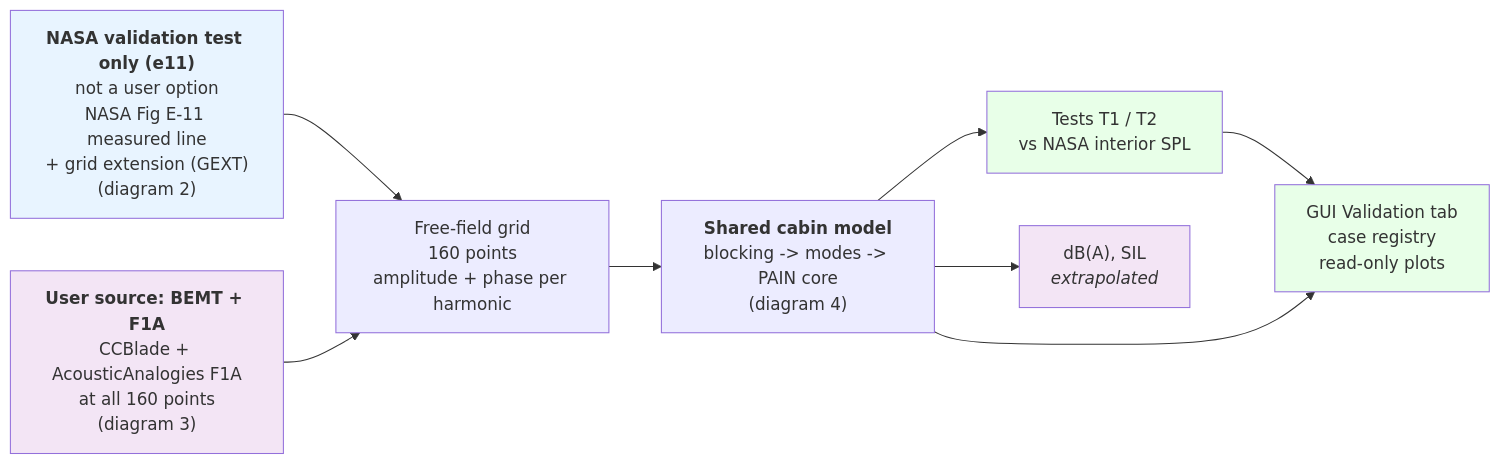
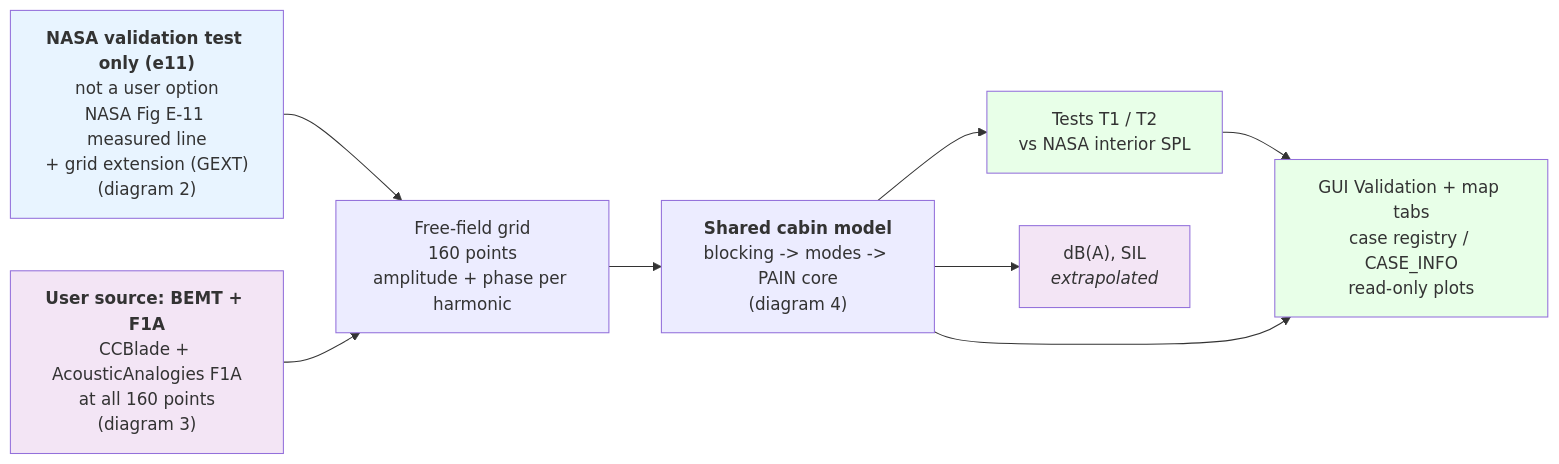
The first of 6 diagrams in rea-work/docs/flowchart.md (hoangf1/PAIN), drawn with Mermaid before and after one commit. The commit also changed other lines of this file and 141 other files, not shown here.

````diff
--- a/rea-work/docs/flowchart.md
+++ b/rea-work/docs/flowchart.md
@@ -20,24 +21,24 @@
 ```mermaid
 flowchart LR
     V["<b>NASA validation test only (e11)</b><br/>not a user option<br/>NASA Fig E-11 measured line<br/>+ grid extension (GEXT)<br/>(diagram 2)"]
     A["<b>User source: BEMT + F1A</b><br/>CCBlade + AcousticAnalogies F1A<br/>at all 160 points<br/>(diagram 3)"]
     G["Free-field grid<br/>160 points<br/>amplitude + phase per harmonic"]
     S["<b>Shared cabin model</b><br/>blocking -> modes -> PAIN core<br/>(diagram 4)"]
     T["Tests T1 / T2<br/>vs NASA interior SPL"]
     M["dB(A), SIL<br/><i>extrapolated</i>"]
-    GUI["GUI Validation tab<br/>case registry<br/>read-only plots"]
+    GUI["GUI Validation + map tabs<br/>case registry / CASE_INFO<br/>read-only plots"]
 
     V --> G
     A --> G
     G --> S
     S --> T
     S --> M
     T --> GUI
     S --> GUI
 
     style V fill:#e8f4ff
     style A fill:#f3e5f5
     style T fill:#e8ffe8
     style M fill:#f3e5f5
     style GUI fill:#e8ffe8
 ```
````
